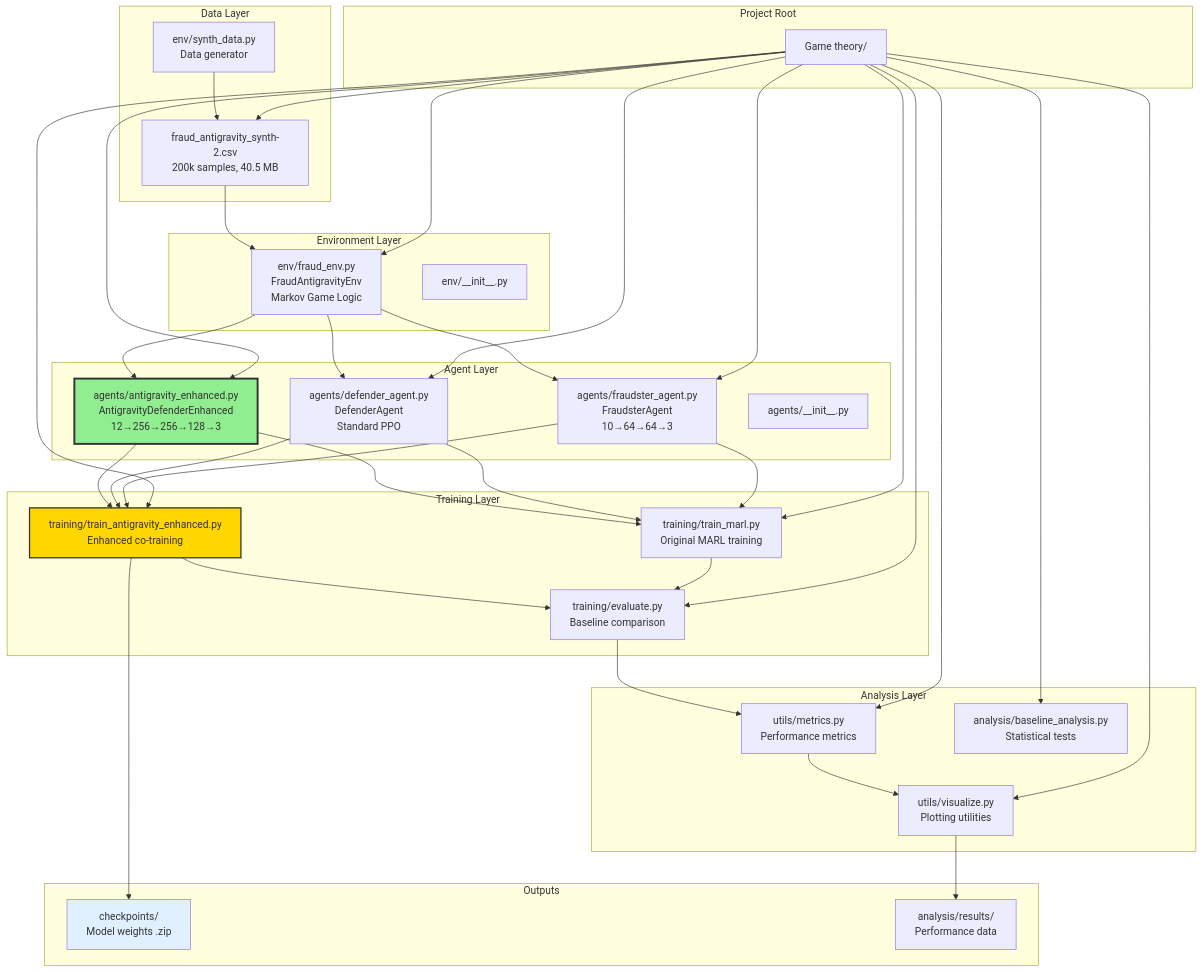
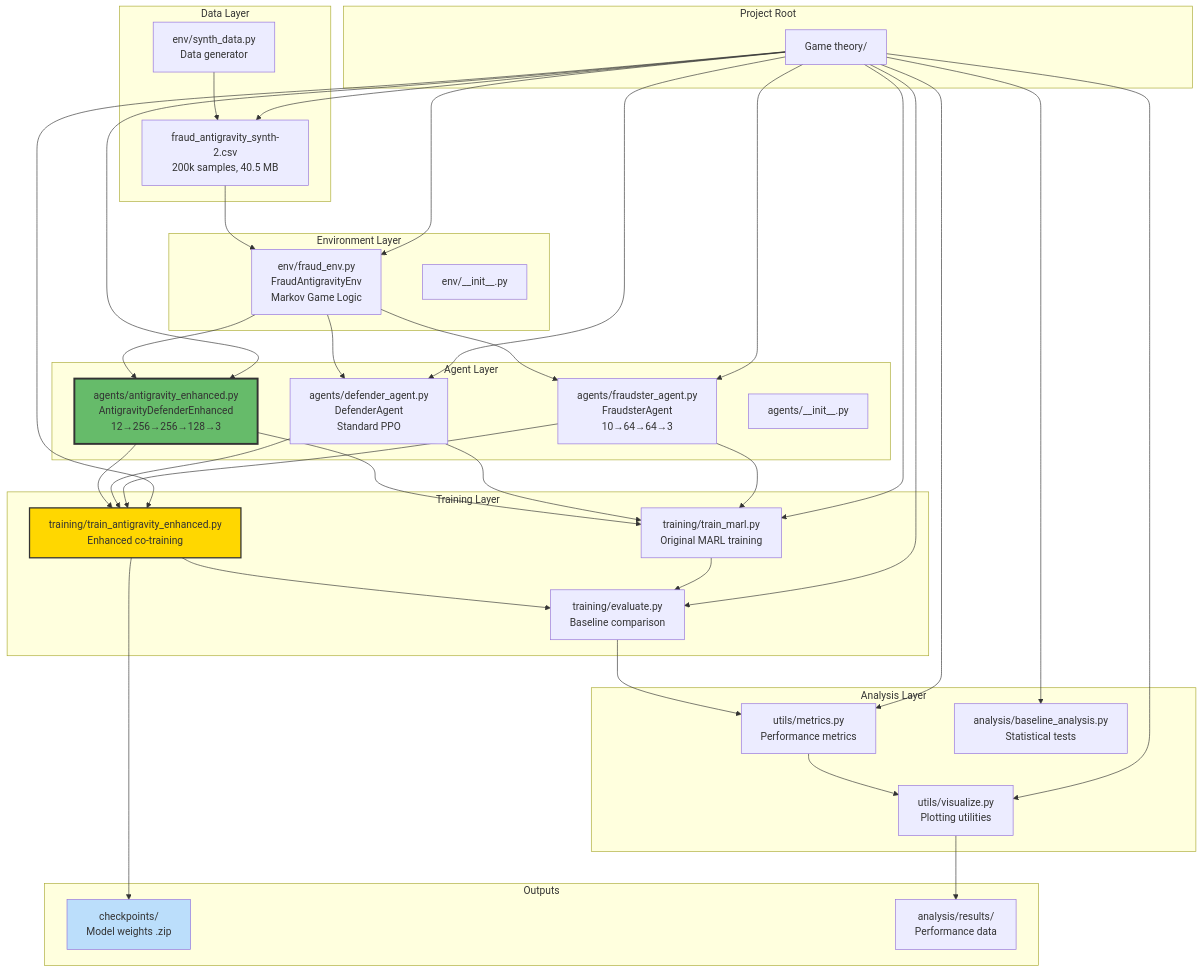
Diagram 12 of 14 in README.md (HelloCol2/markov-fraud-antigravity), drawn with Mermaid before and after one commit. The commit also changed other lines of this file, not shown here.

````diff
--- a/README.md
+++ b/README.md
@@ -727,60 +729,60 @@
 ```mermaid
 graph TB
     subgraph "Project Root"
         Root[Game theory/]
     end
     
     subgraph "Data Layer"
         Data[fraud_antigravity_synth-2.csv<br/>200k samples, 40.5 MB]
         SynthScript[env/synth_data.py<br/>Data generator]
     end
     
     subgraph "Environment Layer"
         Env[env/fraud_env.py<br/>FraudAntigravityEnv<br/>Markov Game Logic]
         Init1[env/__init__.py]
     end
     
     subgraph "Agent Layer"
         Fraudster[agents/fraudster_agent.py<br/>FraudsterAgent<br/>10→64→64→3]
         Defender[agents/defender_agent.py<br/>DefenderAgent<br/>Standard PPO]
         Enhanced[agents/antigravity_enhanced.py<br/>AntigravityDefenderEnhanced<br/>12→256→256→128→3]
         Init2[agents/__init__.py]
     end
     
     subgraph "Training Layer"
         Train1[training/train_marl.py<br/>Original MARL training]
         Train2[training/train_antigravity_enhanced.py<br/>Enhanced co-training]
         Eval[training/evaluate.py<br/>Baseline comparison]
     end
     
     subgraph "Analysis Layer"
         Metrics[utils/metrics.py<br/>Performance metrics]
         Viz[utils/visualize.py<br/>Plotting utilities]
         Baseline[analysis/baseline_analysis.py<br/>Statistical tests]
     end
     
     subgraph "Outputs"
         Checkpoints[checkpoints/<br/>Model weights .zip]
         Results[analysis/results/<br/>Performance data]
     end
     
     Root --> Data
     Root --> Env
     Root --> Fraudster & Defender & Enhanced
     Root --> Train1 & Train2 & Eval
     Root --> Metrics & Viz & Baseline
     
     Data --> Env
     SynthScript --> Data
     Env --> Fraudster & Defender & Enhanced
     Fraudster & Defender & Enhanced --> Train1 & Train2
     Train1 & Train2 --> Eval
     Eval --> Metrics
     Metrics --> Viz
     Viz --> Results
     Train2 --> Checkpoints
     
-    style Enhanced fill:#90EE90,stroke:#333,stroke-width:3px
-    style Train2 fill:#FFD700,stroke:#333,stroke-width:2px
-    style Checkpoints fill:#E1F0FF
+    style Enhanced fill:#66bb6a,stroke:#333,stroke-width:3px
+    style Train2 fill:#ffd700,stroke:#333,stroke-width:2px
+    style Checkpoints fill:#bbdefb
 ```
````
